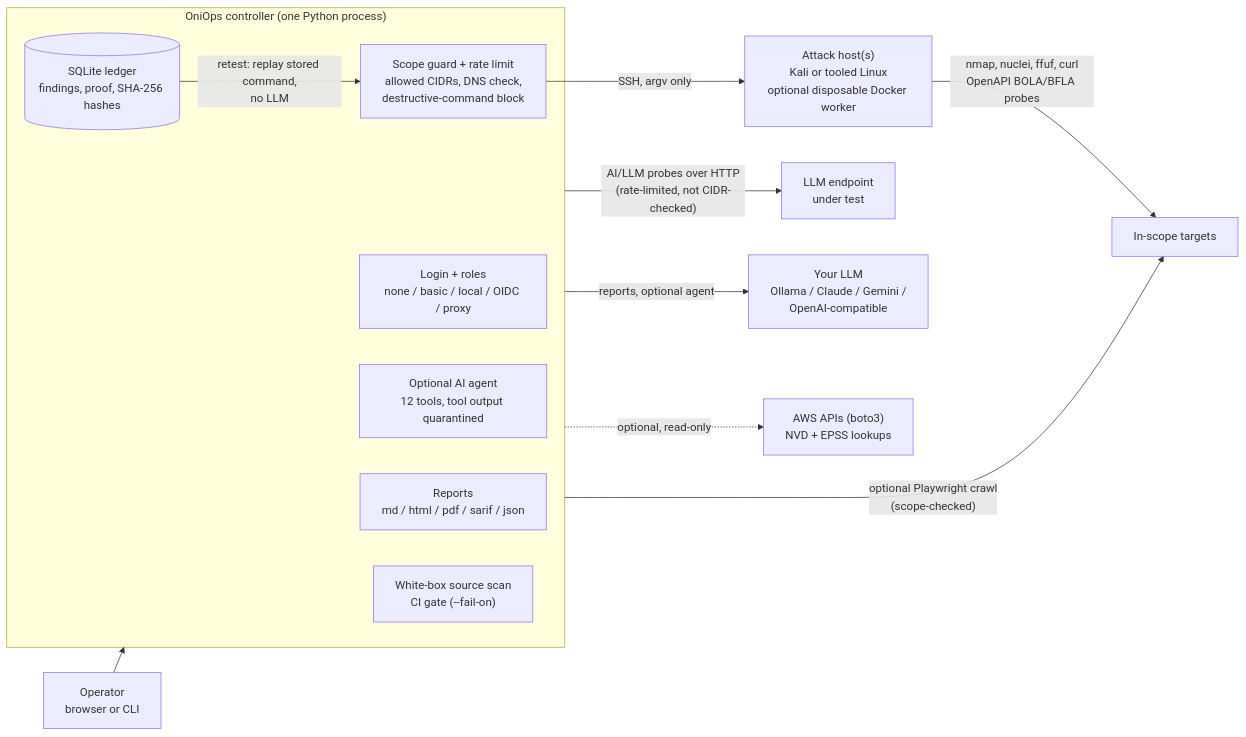
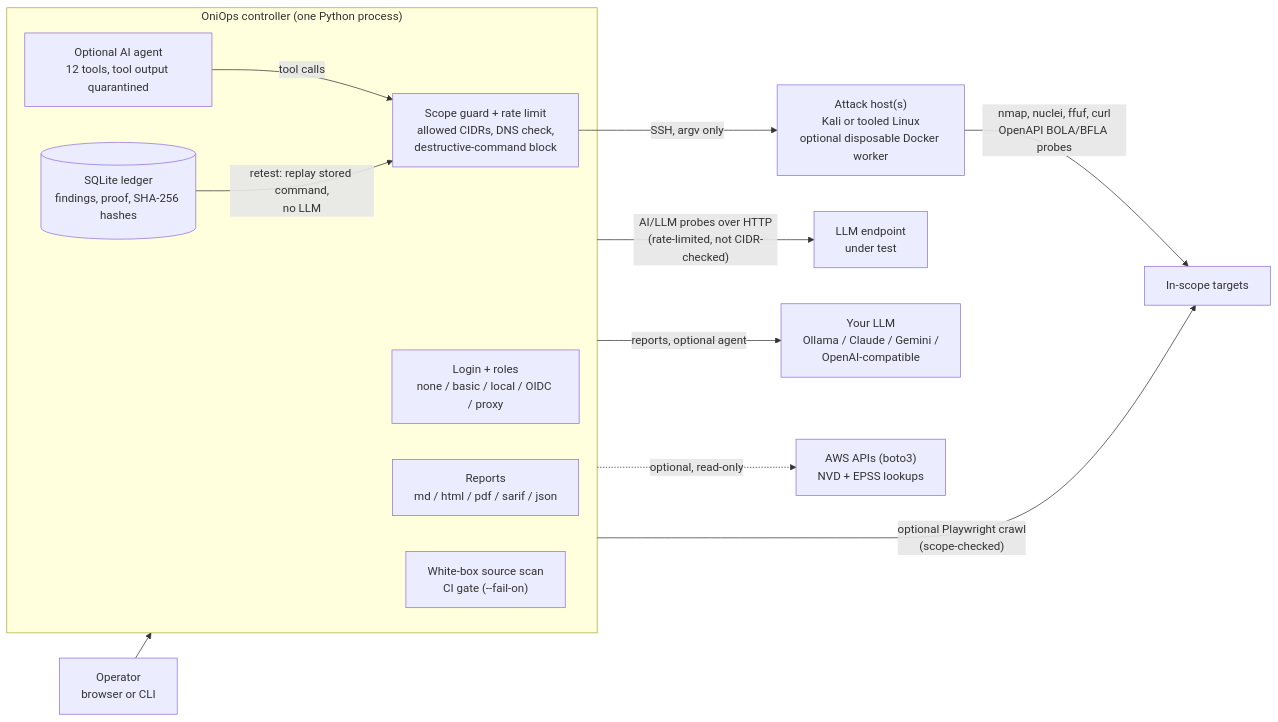
One commit to ares-369/oni changed the diagram in README.md. Above: the diagram before and after it, drawn with Mermaid.

Commit message:
docs: diagram shows agent tool calls passing the scope guard

````diff
--- a/README.md
+++ b/README.md
@@ -165,21 +165,22 @@
 ```mermaid
 flowchart LR
     Op["Operator<br/>browser or CLI"] --> Ctrl
 
     subgraph Ctrl["OniOps controller (one Python process)"]
         Auth["Login + roles<br/>none / basic / local / OIDC / proxy"]
         Guard["Scope guard + rate limit<br/>allowed CIDRs, DNS check,<br/>destructive-command block"]
         Agent["Optional AI agent<br/>12 tools, tool output quarantined"]
         Ledger[("SQLite ledger<br/>findings, proof, SHA-256 hashes")]
         Reports["Reports<br/>md / html / pdf / sarif / json"]
         WB["White-box source scan<br/>CI gate (--fail-on)"]
     end
 
+    Agent -->|"tool calls"| Guard
     Guard -->|"SSH, argv only"| Host["Attack host(s)<br/>Kali or tooled Linux<br/>optional disposable Docker worker"]
     Host -->|"nmap, nuclei, ffuf, curl<br/>OpenAPI BOLA/BFLA probes"| Target["In-scope targets"]
     Ctrl -->|"optional Playwright crawl<br/>(scope-checked)"| Target
     Ctrl -->|"AI/LLM probes over HTTP<br/>(rate-limited, not CIDR-checked)"| AITarget["LLM endpoint<br/>under test"]
     Ctrl -->|"reports, optional agent"| LLM["Your LLM<br/>Ollama / Claude / Gemini /<br/>OpenAI-compatible"]
     Ctrl -.->|"optional, read-only"| Ext["AWS APIs (boto3)<br/>NVD + EPSS lookups"]
     Ledger -->|"retest: replay stored command,<br/>no LLM"| Guard
 ```
````
